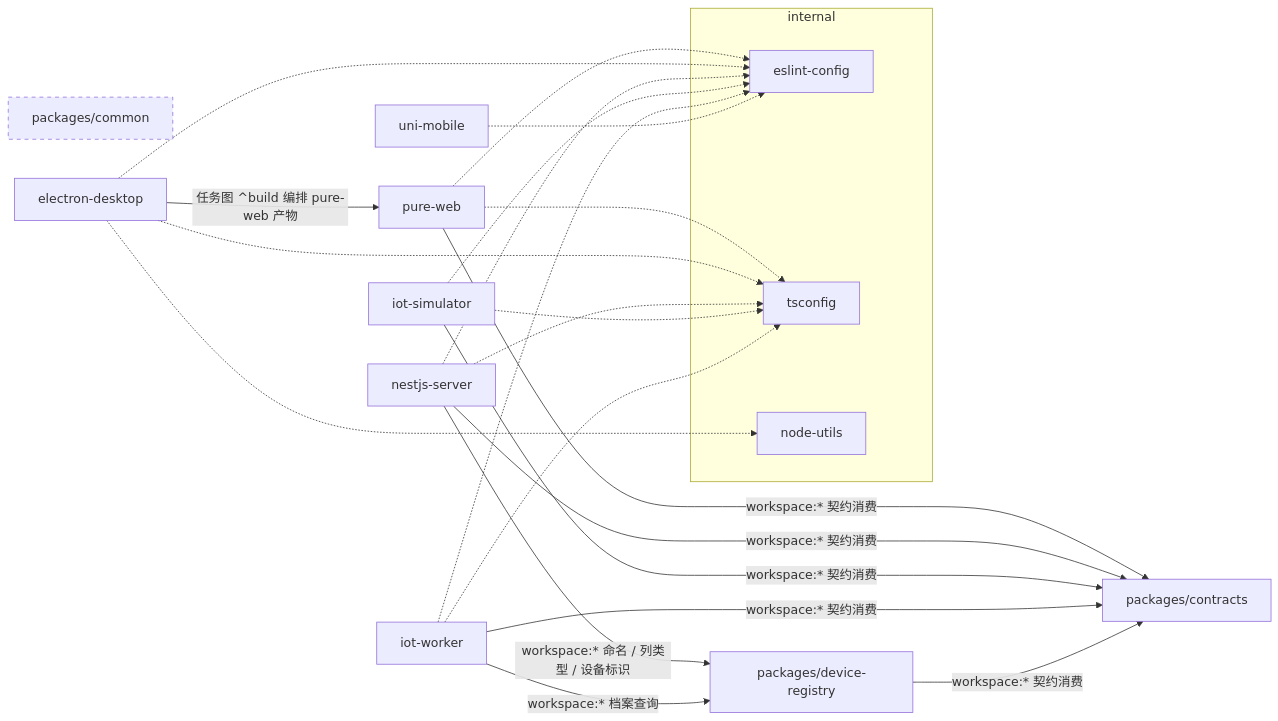
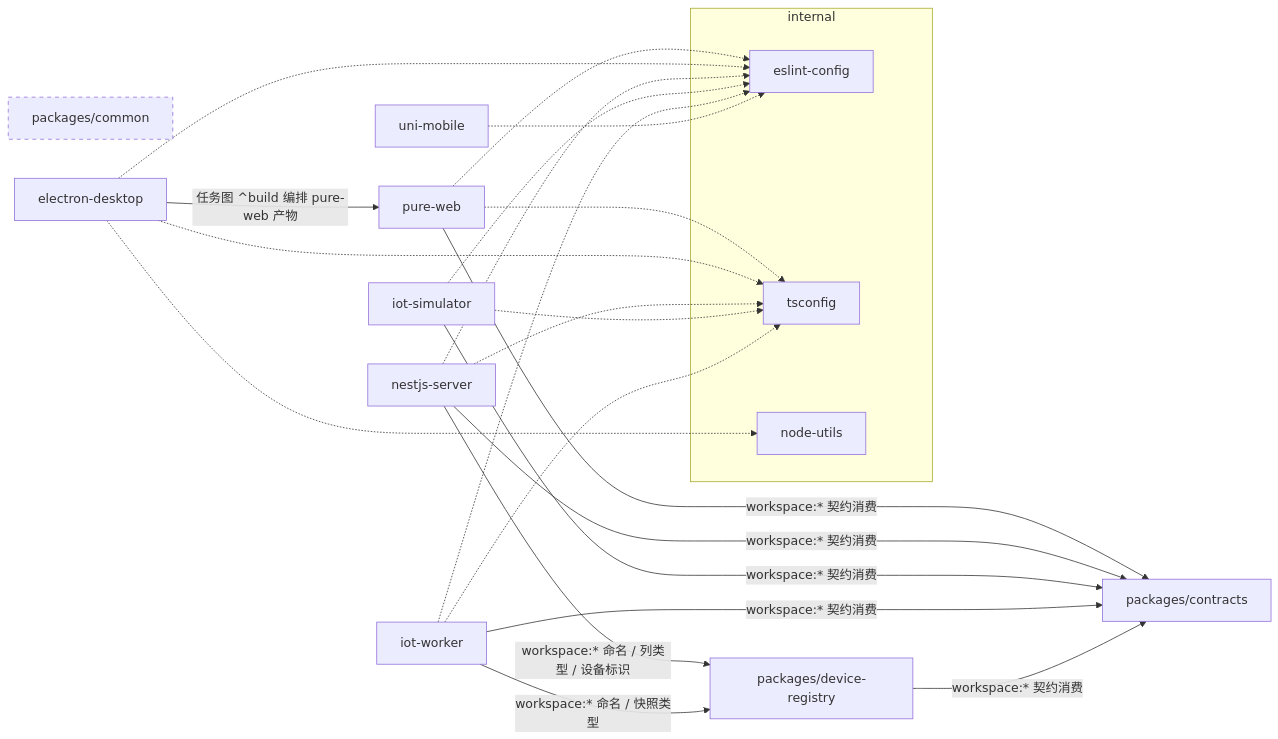
The diagram in docs/architecture/repo-structure.md (25lonelyboy/wewant-multi-admin), drawn with Mermaid before and after one commit. The commit also changed other lines of this file and 33 other files, not shown here.

````diff
--- a/docs/architecture/repo-structure.md
+++ b/docs/architecture/repo-structure.md
@@ -35,32 +35,32 @@
 ```mermaid
 flowchart LR
     common["packages/common"]:::unused
     contracts["packages/contracts"]
     subgraph internal
         eslint["eslint-config"]
         tsconfig["tsconfig"]
         nodeutils["node-utils"]
     end
     web["pure-web"]
     desktop["electron-desktop"]
     server["nestjs-server"]
     mobile["uni-mobile"]
     simulator["iot-simulator"]
     worker["iot-worker"]
     registry["packages/device-registry"]
     desktop -- "任务图 ^build 编排 pure-web 产物" --> web
     web -- "workspace:* 契约消费" --> contracts
     server -- "workspace:* 契约消费" --> contracts
     server -- "workspace:* 命名 / 列类型 / 设备标识" --> registry
     simulator -- "workspace:* 契约消费" --> contracts
     worker -- "workspace:* 契约消费" --> contracts
-    worker -- "workspace:* 档案查询" --> registry
+    worker -- "workspace:* 命名 / 快照类型" --> registry
     registry -- "workspace:* 契约消费" --> contracts
     web -.-> eslint & tsconfig
     desktop -.-> nodeutils & tsconfig & eslint
     server -.-> tsconfig & eslint
     simulator -.-> tsconfig & eslint
     worker -.-> tsconfig & eslint
     mobile -.-> eslint
     classDef unused stroke-dasharray: 5 5
 ```
````
